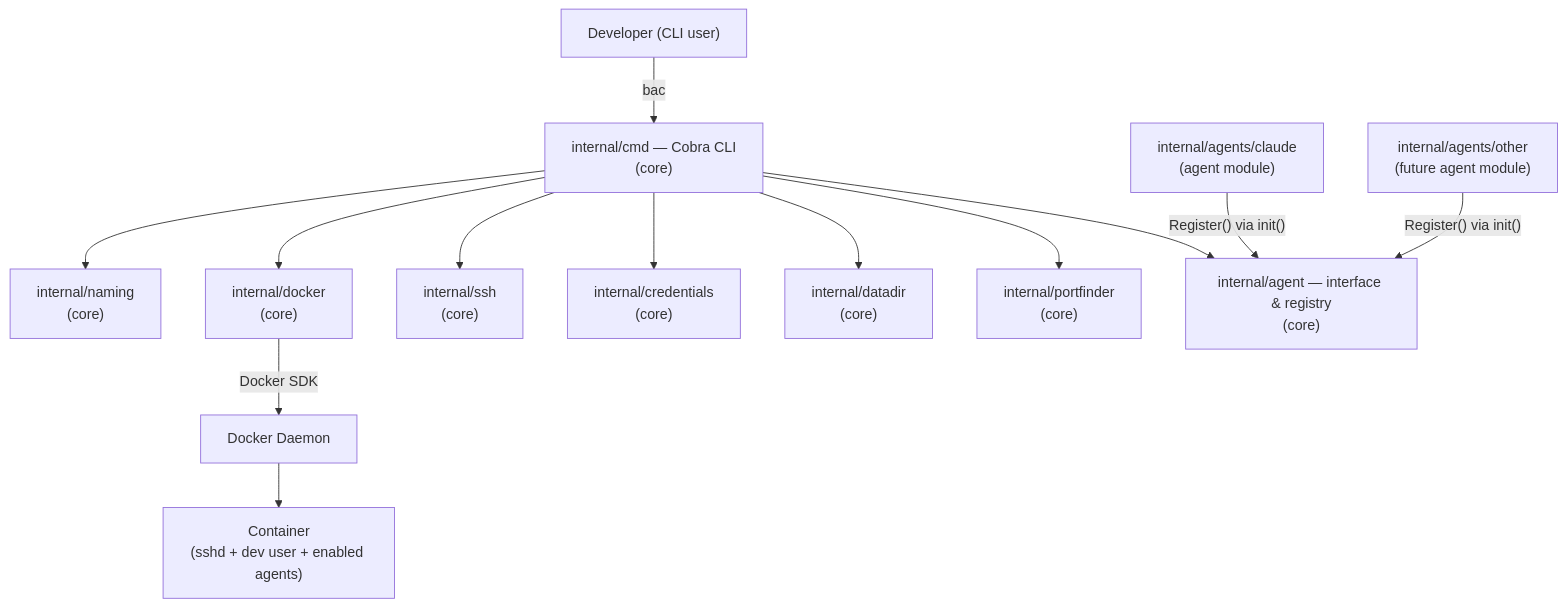
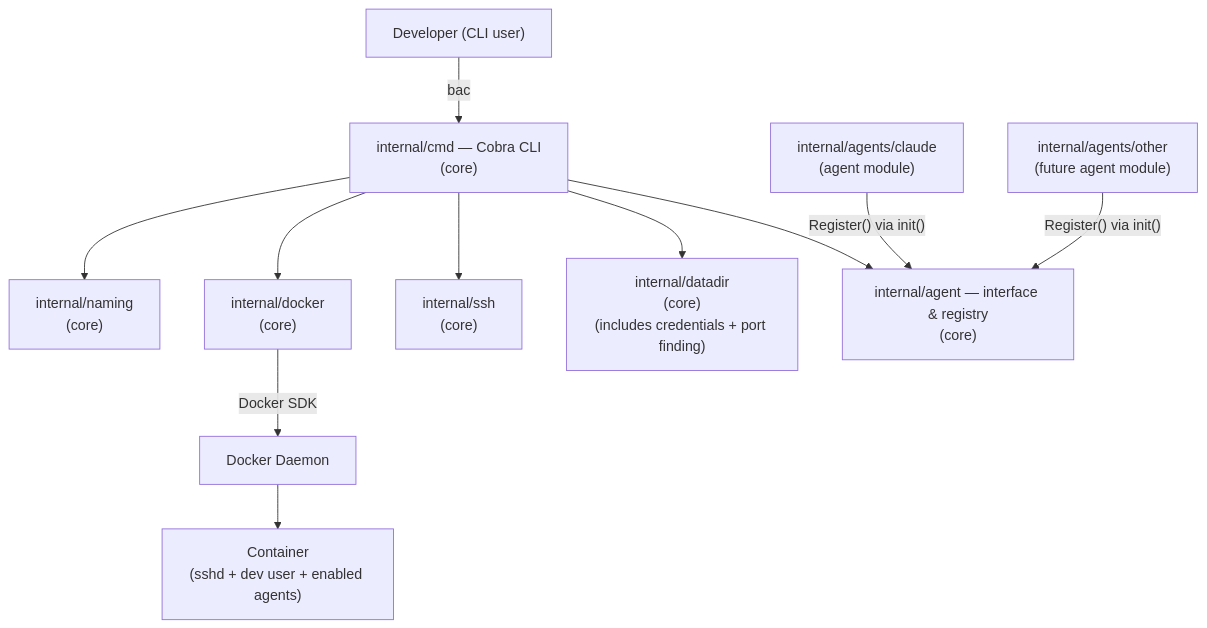
One commit to koudis/bootstrap-ai-coding changed the first of 4 diagrams in .kiro/specs/bootstrap-ai-coding/design-architecture.md. Above: the diagram before and after it, drawn with Mermaid. The commit also changed other lines of this file and 33 other files, not shown here.

````diff
--- a/.kiro/specs/bootstrap-ai-coding/design-architecture.md
+++ b/.kiro/specs/bootstrap-ai-coding/design-architecture.md
@@ -7,29 +7,25 @@
 ```mermaid
 graph TD
     User["Developer (CLI user)"]
     CLI["internal/cmd — Cobra CLI\n(core)"]
     Naming["internal/naming\n(core)"]
     Docker["internal/docker\n(core)"]
     SSH["internal/ssh\n(core)"]
-    Credentials["internal/credentials\n(core)"]
-    DataDir["internal/datadir\n(core)"]
-    PortFinder["internal/portfinder\n(core)"]
+    DataDir["internal/datadir\n(core)\n(includes credentials + port finding)"]
     AgentPkg["internal/agent — interface & registry\n(core)"]
     ClaudeAgent["internal/agents/claude\n(agent module)"]
     FutureAgent["internal/agents/other\n(future agent module)"]
     DockerDaemon["Docker Daemon"]
     Container["Container\n(sshd + dev user + enabled agents)"]
 
     User -->|"bac <path> [--agents ...]"| CLI
     CLI --> Naming
     CLI --> Docker
     CLI --> SSH
-    CLI --> Credentials
     CLI --> DataDir
-    CLI --> PortFinder
     CLI --> AgentPkg
     ClaudeAgent -->|"Register() via init()"| AgentPkg
     FutureAgent -->|"Register() via init()"| AgentPkg
     Docker -->|"Docker SDK"| DockerDaemon
     DockerDaemon --> Container
 ```
````
